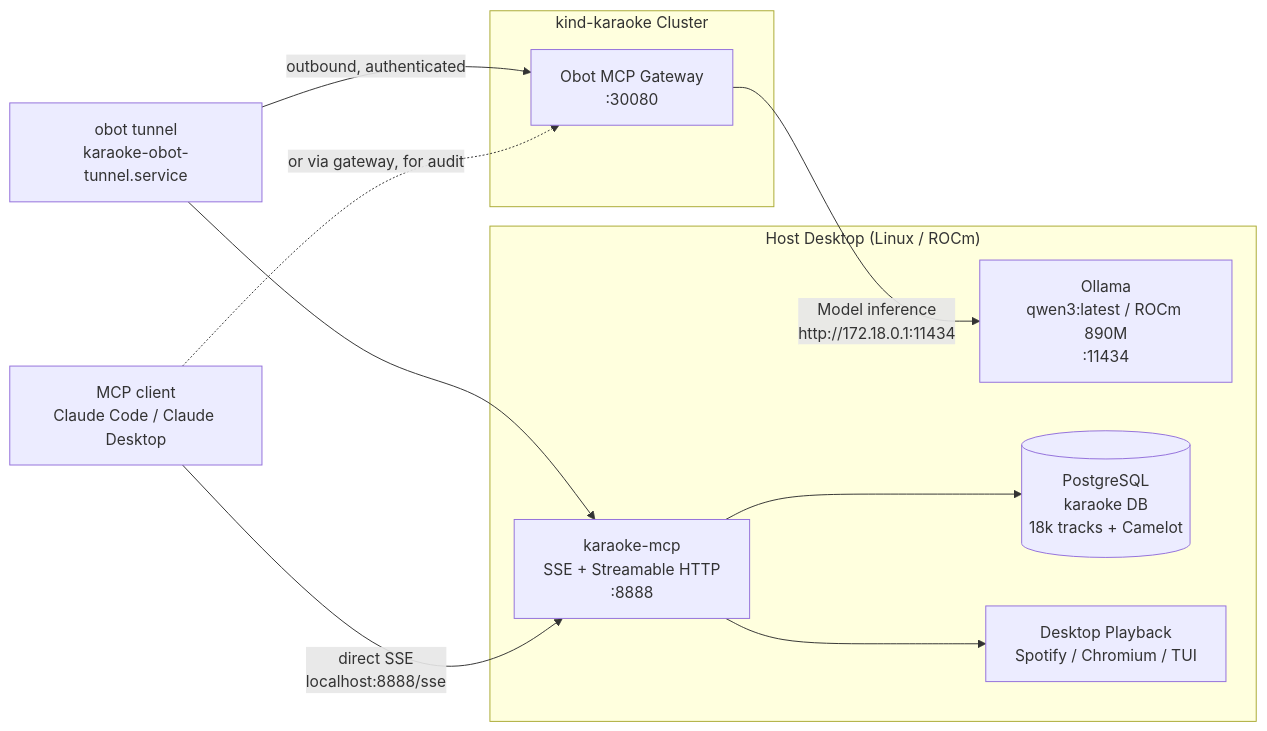
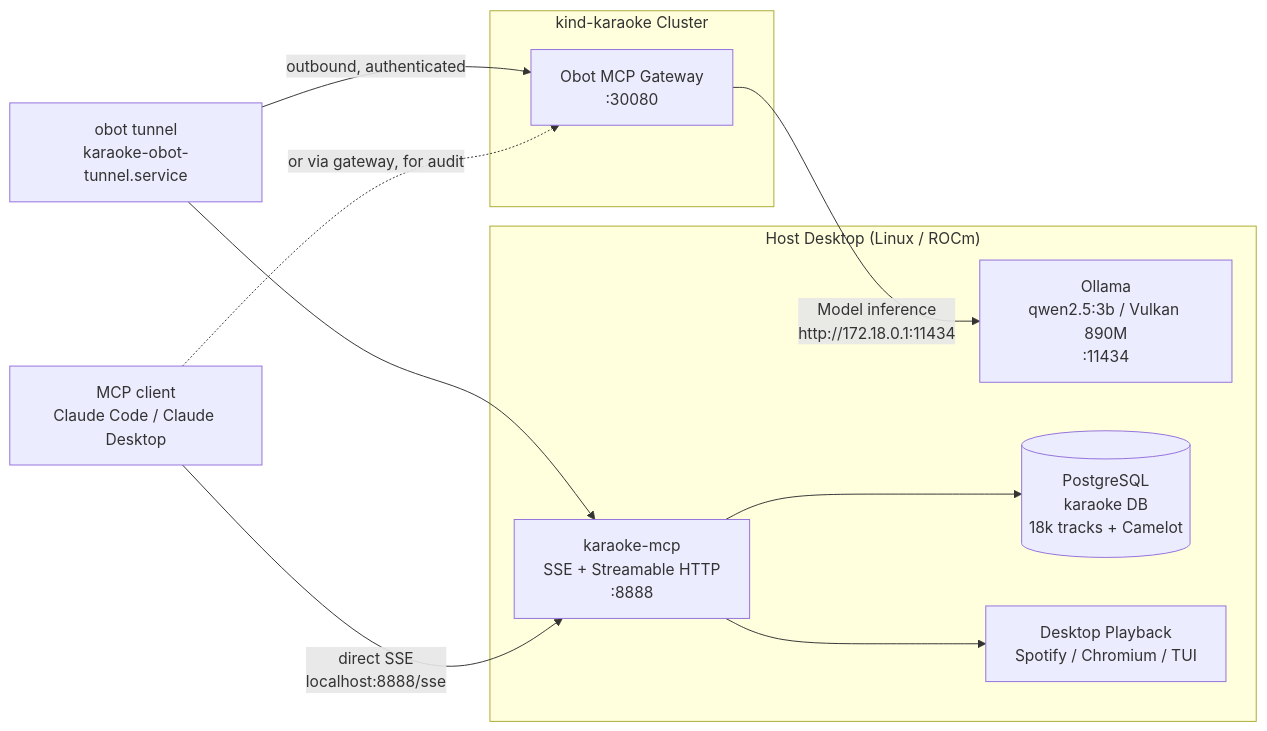
One commit to violetina/karaoke changed the diagram in docs/mcp-server.md. Above: the diagram before and after it, drawn with Mermaid. The commit also changed other lines of this file and 12 other files, not shown here.

````diff
--- a/docs/mcp-server.md
+++ b/docs/mcp-server.md
@@ -7,23 +7,23 @@
 ```mermaid
 flowchart LR
     subgraph Host["Host Desktop (Linux / ROCm)"]
-        Ollama["Ollama<br/>qwen3:latest / ROCm 890M<br/>:11434"]
+        Ollama["Ollama<br/>qwen2.5:3b / Vulkan 890M<br/>:11434"]
         MCP["karaoke-mcp<br/>SSE + Streamable HTTP<br/>:8888"]
         PG[("PostgreSQL<br/>karaoke DB<br/>18k tracks + Camelot")]
         Player["Desktop Playback<br/>Spotify / Chromium / TUI"]
     end
 
     subgraph Cluster["kind-karaoke Cluster"]
         Obot["Obot MCP Gateway<br/>:30080"]
     end
 
     Tunnel["obot tunnel<br/>karaoke-obot-tunnel.service"]
 
     Obot -->|"Model inference<br/>http://172.18.0.1:11434"| Ollama
     Tunnel -->|"outbound, authenticated"| Obot
     Tunnel --> MCP
     MCP --> PG
     MCP --> Player
     Client["MCP client<br/>Claude Code / Claude Desktop"] -->|"direct SSE<br/>localhost:8888/sse"| MCP
     Client -.->|"or via gateway, for audit"| Obot
 ```
````
